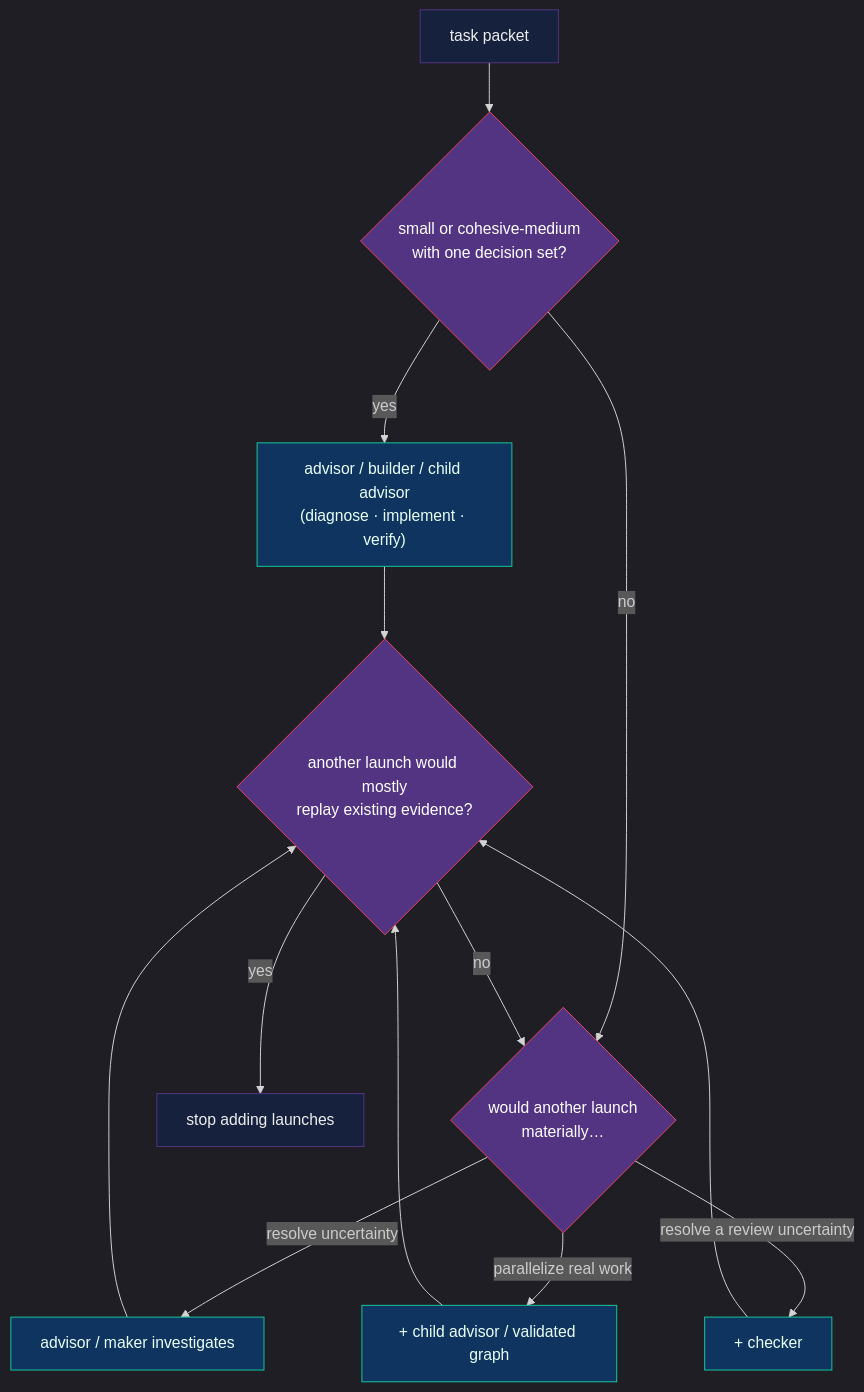
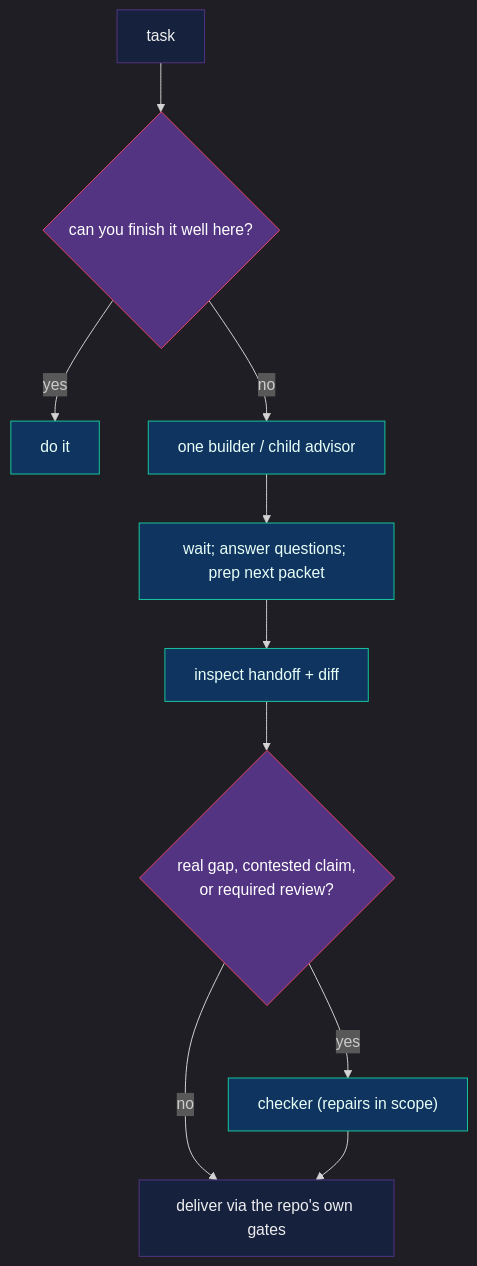
The diagram in docs/advisor-runtime.md (nourhelmi/pi-meta-harness), drawn with Mermaid before and after one commit. The commit also changed other lines of this file and 32 other files, not shown here.

First line of the commit message:
refactor(advisor): remove risk tiers and acceptance-claim machinery, cut the skill stack

````diff
--- a/docs/advisor-runtime.md
+++ b/docs/advisor-runtime.md
@@ -86,26 +61,23 @@
 ```mermaid
 ---
 config:
   theme: dark
 ---
 flowchart TD
-  Task["task packet"] --> Q{"small or cohesive-medium\nwith one decision set?"}
-  Q -->|yes| Maker["advisor / builder / child advisor\n(diagnose · implement · verify)"]
-  Q -->|no| Gate{"would another launch\nmaterially…"}
-  Gate -->|"resolve uncertainty"| Investigate["advisor / maker investigates"]
-  Gate -->|"parallelize real work"| Graph["+ child advisor / validated graph"]
-  Gate -->|"resolve a review uncertainty"| Check["+ checker"]
-  Investigate --> Stop
-  Graph --> Stop
-  Check --> Stop
-  Maker --> Stop{"another launch would mostly\nreplay existing evidence?"}
-  Stop -->|yes| Done["stop adding launches"]
-  Stop -->|no| Gate
+  Task["task"] --> Q{"can you finish it well here?"}
+  Q -->|yes| Direct["do it"]
+  Q -->|no| Maker["one builder / child advisor"]
+  Maker --> Wait["wait; answer questions; prep next packet"]
+  Wait --> Inspect["inspect handoff + diff"]
+  Inspect --> Gap{"real gap, contested claim,\nor required review?"}
+  Gap -->|no| Ship["deliver via the repo's own gates"]
+  Gap -->|yes| Check["checker (repairs in scope)"]
+  Check --> Ship
 
   classDef q fill:#533483,stroke:#e94560,color:#fff
   classDef w fill:#0f3460,stroke:#16c79a,color:#e8fff7
   classDef t fill:#16213e,stroke:#533483,color:#eee
-  class Q,Gate,Stop q
-  class Maker,Investigate,Graph,Check w
-  class Task,Done t
+  class Q,Gap q
+  class Direct,Maker,Wait,Inspect,Check w
+  class Task,Ship t
 ```
````
